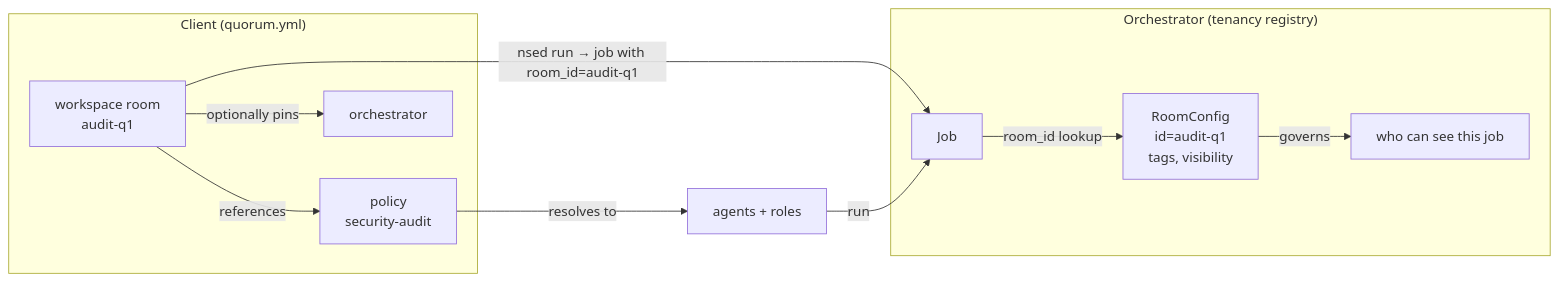
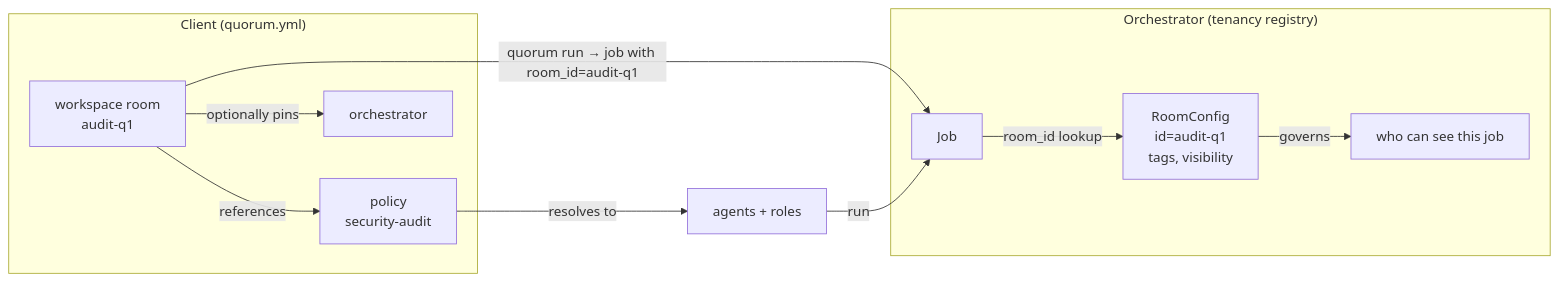
The first of 2 diagrams in docs/explanation/rooms-and-policies.md (peeramid-labs/quorum-rs), drawn with Mermaid before and after one commit. The commit also changed other lines of this file and 18 other files, not shown here.

First line of the commit message:
docs: the CLI is quorum; nsed serve and nsed-cli are retired

````diff
--- a/docs/explanation/rooms-and-policies.md
+++ b/docs/explanation/rooms-and-policies.md
@@ -155,14 +155,14 @@
 ```mermaid
 flowchart LR
     subgraph Client["Client (quorum.yml)"]
       WR["workspace room<br/>audit-q1"] -->|references| POL["policy<br/>security-audit"]
       WR -->|optionally pins| ORCH["orchestrator"]
     end
-    WR -->|nsed run → job with room_id=audit-q1| JOB["Job"]
+    WR -->|quorum run → job with room_id=audit-q1| JOB["Job"]
     subgraph Server["Orchestrator (tenancy registry)"]
       JOB -->|room_id lookup| RC["RoomConfig<br/>id=audit-q1<br/>tags, visibility"]
       RC -->|governs| VIS["who can see this job"]
     end
     POL -->|resolves to| AGENTS["agents + roles"]
     AGENTS -->|run| JOB
 ```
````
